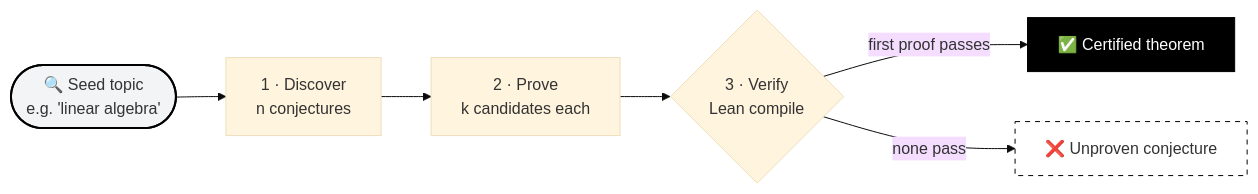
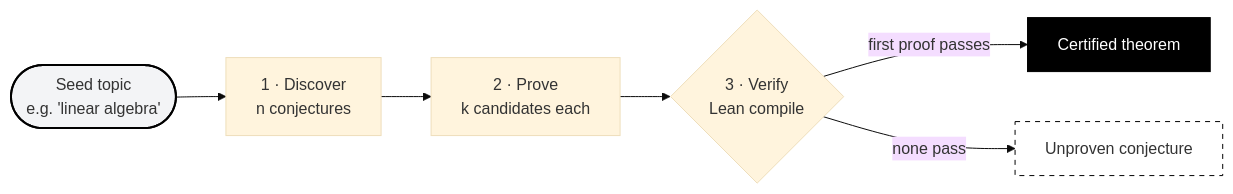
The second of 2 diagrams in README.md (twomathematicians-code/leibniz), drawn with Mermaid (base theme) before and after one commit. The commit also changed other lines of this file, not shown here.

````diff
--- a/README.md
+++ b/README.md
@@ -204,12 +209,12 @@
 ```mermaid
 flowchart LR
-    Seed([🔍 Seed topic<br/>e.g. 'linear algebra']) --> D[1 · Discover<br/>n conjectures]
+    Seed([Seed topic<br/>e.g. 'linear algebra']) --> D[1 · Discover<br/>n conjectures]
     D --> P[2 · Prove<br/>k candidates each]
     P --> V{3 · Verify<br/>Lean compile}
-    V -->|first proof passes| C[✅ Certified theorem]
-    V -->|none pass| U[❌ Unproven conjecture]
+    V -->|first proof passes| C[Certified theorem]
+    V -->|none pass| U[Unproven conjecture]
 
     style Seed fill:#f3f4f6,stroke:#000,stroke-width:2px
     style C fill:#000,stroke:#000,color:#fff
     style U fill:#fff,stroke:#000,stroke-dasharray: 5 5
 ```
````
